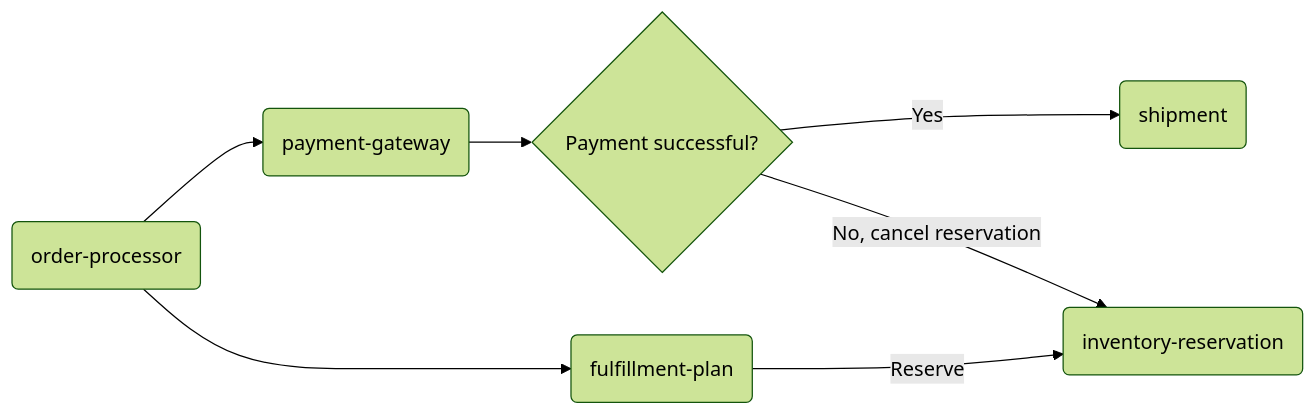
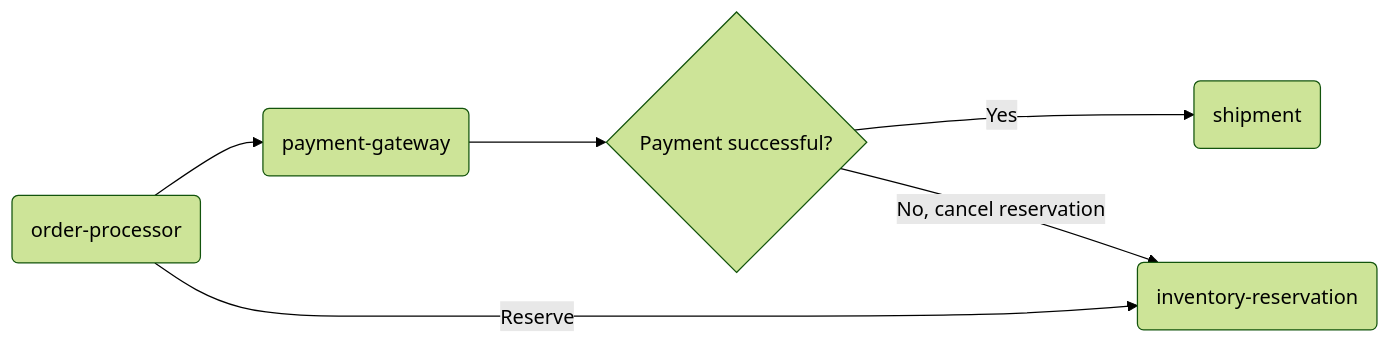
Before and after one commit to andrepnh/sleuth-zipkin-demo: the diagram in call-graph.mmd, drawn with Mermaid (forest theme). The commit also changed 17 other files, not shown here.

Commit message:
Simplify microservices dependency graph

```diff
--- a/call-graph.mmd
+++ b/call-graph.mmd
@@ -1,7 +1,6 @@
 graph LR
     O(order-processor) --> P(payment-gateway)
-    O --> F(fulfillment-plan)
-    F -->|Reserve| I(inventory-reservation)
+    O -->|Reserve| I(inventory-reservation)
     P --> Py{Payment successful?}
     Py -->|Yes| S(shipment)
     Py -->|No, cancel reservation| I
```
